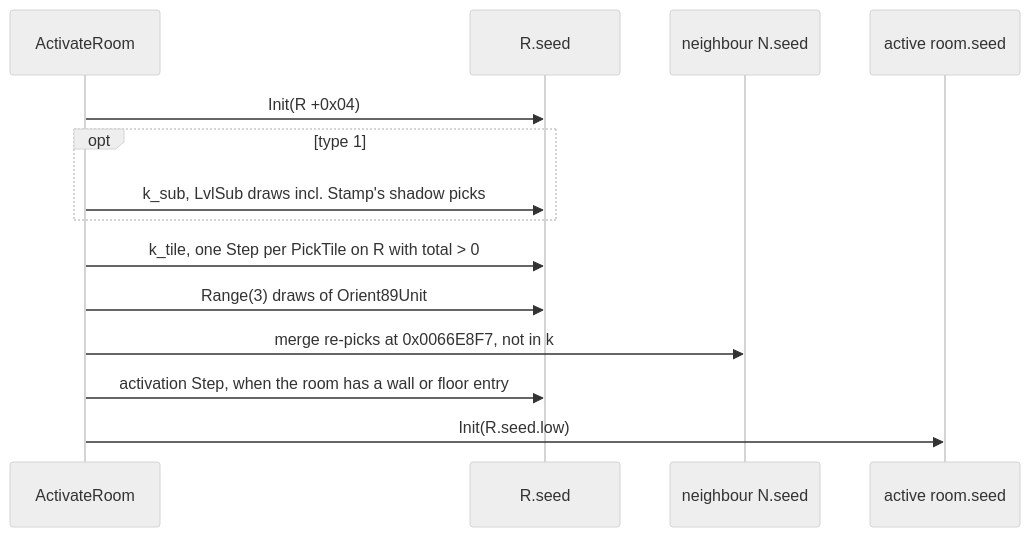
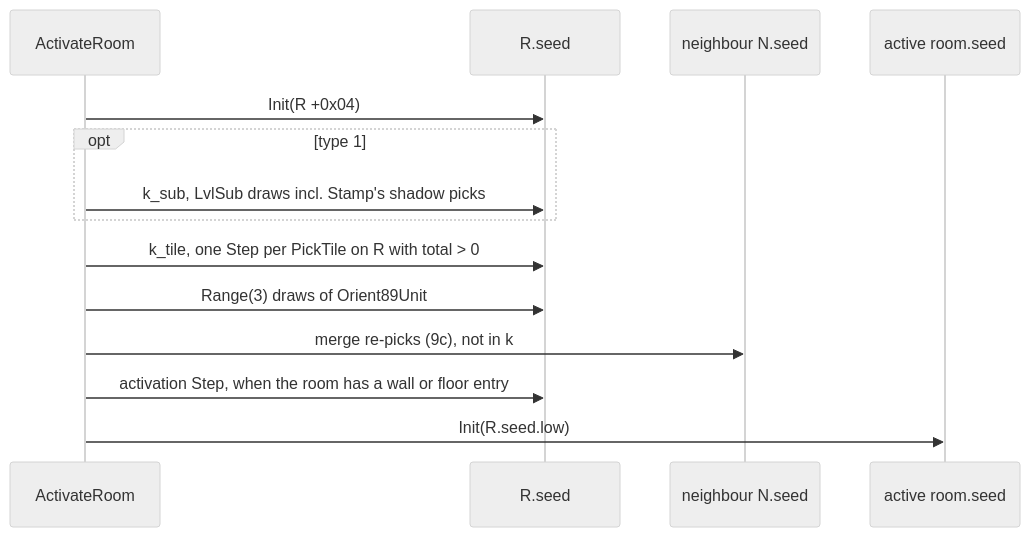
Before and after one commit to IgorKonovalov/diablo-2-recompilation: the tenth of 11 diagrams in docs/specs/drlg/room-tiles.md, drawn with Mermaid (neutral theme). The commit also changed other lines of this file and 10 other files, not shown here.

````diff
--- a/docs/specs/drlg/room-tiles.md
+++ b/docs/specs/drlg/room-tiles.md
@@ -775,16 +776,16 @@
 ```mermaid
 sequenceDiagram
   participant A as ActivateRoom
   participant RS as R.seed
   participant NS as neighbour N.seed
   participant AS as active room.seed
   A->>RS: Init(R +0x04)
   opt type 1
     A->>RS: k_sub, LvlSub draws incl. Stamp's shadow picks
   end
   A->>RS: k_tile, one Step per PickTile on R with total > 0
   A->>RS: Range(3) draws of Orient89Unit
-  A->>NS: merge re-picks at 0x0066E8F7, not in k
+  A->>NS: merge re-picks (9c), not in k
   A->>RS: activation Step, when the room has a wall or floor entry
   A->>AS: Init(R.seed.low)
 ```
````
